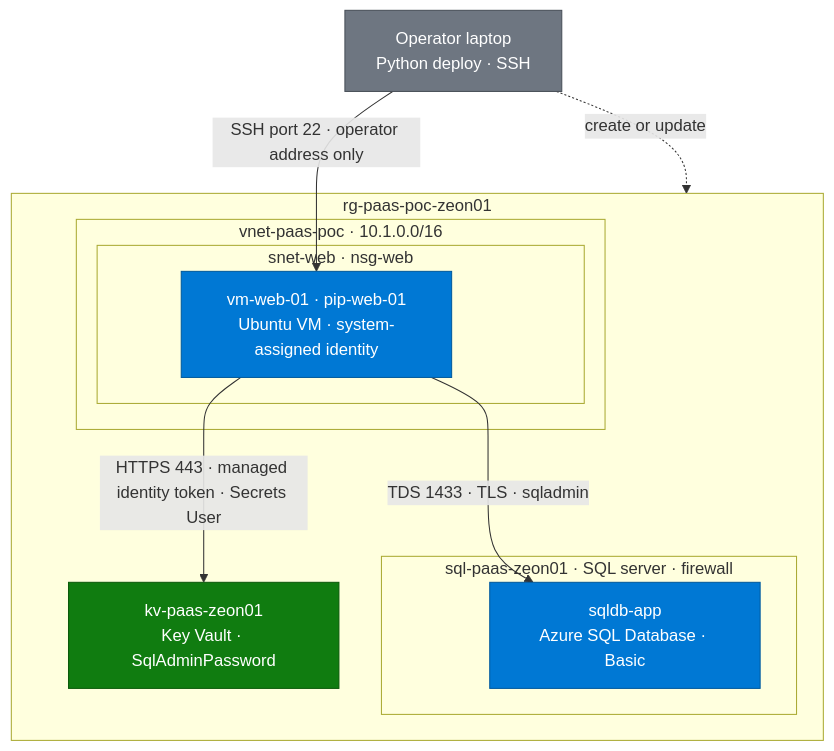
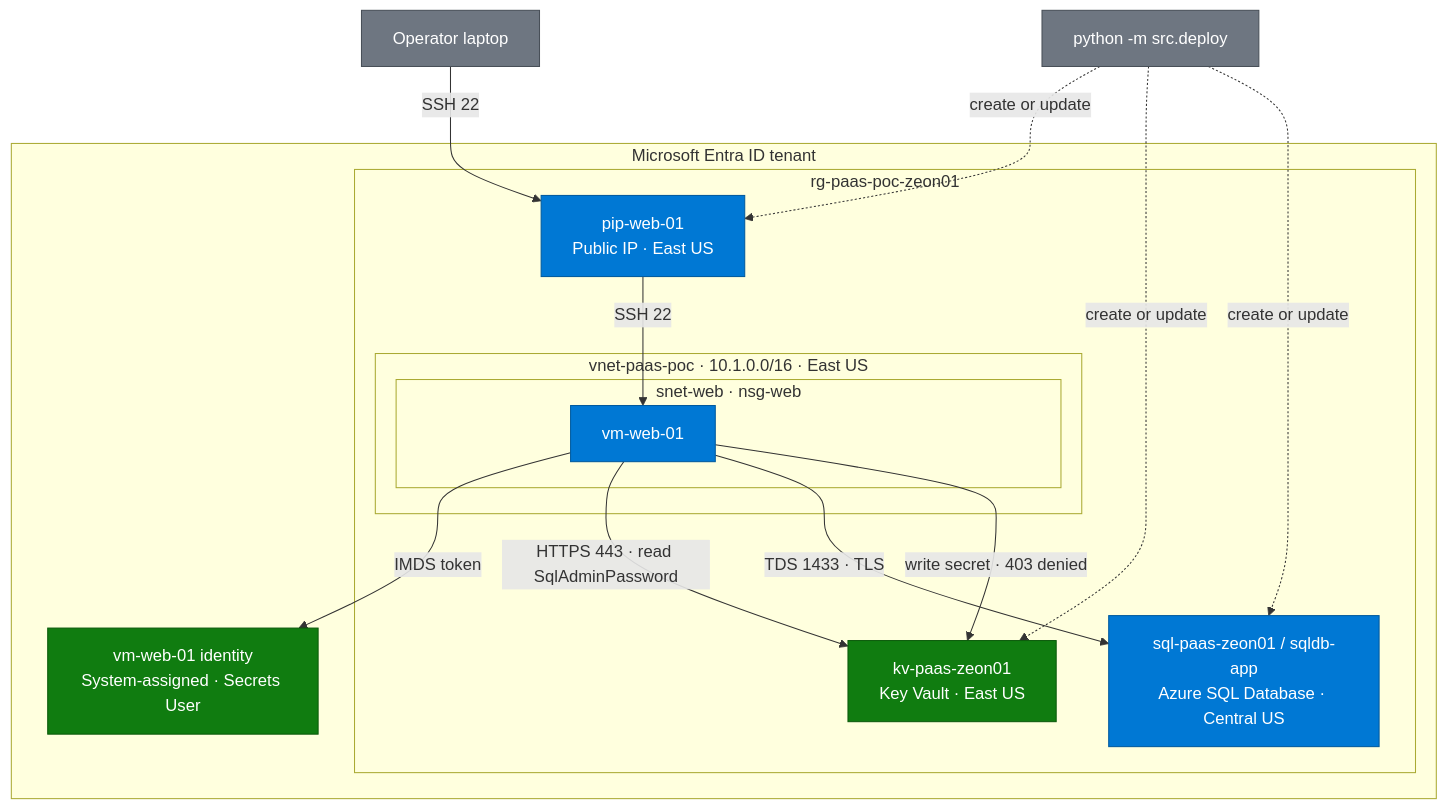
Before and after one commit to zsociety47/azure-sql-keyvault-poc: the diagram in README.md, drawn with Mermaid. The commit also changed other lines of this file, not shown here.

Commit message:
Redraw architecture arrows: IMDS token, Key Vault read, SQL, and the denied write.

````diff
--- a/README.md
+++ b/README.md
@@ -344,29 +344,37 @@
 ```mermaid
 flowchart TD
-    operator["Operator laptop<br/>Python deploy · SSH"]
+    deploy["python -m src.deploy"]
+    operator["Operator laptop"]
 
-    subgraph rg["rg-paas-poc-zeon01"]
-        subgraph vnet["vnet-paas-poc · 10.1.0.0/16"]
-            subgraph web["snet-web · nsg-web"]
-                vmweb["vm-web-01 · pip-web-01<br/>Ubuntu VM · system-assigned identity"]
+    subgraph tenant["Microsoft Entra ID tenant"]
+        ident["vm-web-01 identity<br/>System-assigned · Secrets User"]
+        subgraph rg["rg-paas-poc-zeon01"]
+            pip["pip-web-01<br/>Public IP · East US"]
+            subgraph vnet["vnet-paas-poc · 10.1.0.0/16 · East US"]
+                subgraph web["snet-web · nsg-web"]
+                    vmweb["vm-web-01"]
+                end
             end
-        end
-        kv["kv-paas-zeon01<br/>Key Vault · SqlAdminPassword"]
-        subgraph sqlsrv["sql-paas-zeon01 · SQL server · firewall"]
-            sqldb["sqldb-app<br/>Azure SQL Database · Basic"]
+            kv["kv-paas-zeon01<br/>Key Vault · East US"]
+            sqldb["sql-paas-zeon01 / sqldb-app<br/>Azure SQL Database · Central US"]
         end
     end
 
-    operator -- "SSH port 22 · operator address only" --> vmweb
-    vmweb -- "HTTPS 443 · managed identity token · Secrets User" --> kv
-    vmweb -- "TDS 1433 · TLS · sqladmin" --> sqldb
-    operator -. "create or update" .-> rg
+    operator -- "SSH 22" --> pip
+    pip -- "SSH 22" --> vmweb
+    vmweb -- "IMDS token" --> ident
+    vmweb -- "HTTPS 443 · read SqlAdminPassword" --> kv
+    vmweb -- "TDS 1433 · TLS" --> sqldb
+    vmweb -- "write secret · 403 denied" --> kv
+    deploy -. "create or update" .-> pip
+    deploy -. "create or update" .-> kv
+    deploy -. "create or update" .-> sqldb
 
     classDef azure fill:#0078d4,stroke:#005a9e,color:#fff
     classDef external fill:#6e7681,stroke:#484f58,color:#fff
     classDef identity fill:#107c10,stroke:#0b5a0b,color:#fff
 
-    class vmweb,sqldb azure
-    class operator external
-    class kv identity
+    class pip,vmweb,sqldb azure
+    class operator,deploy external
+    class ident,kv identity
 ```
````
